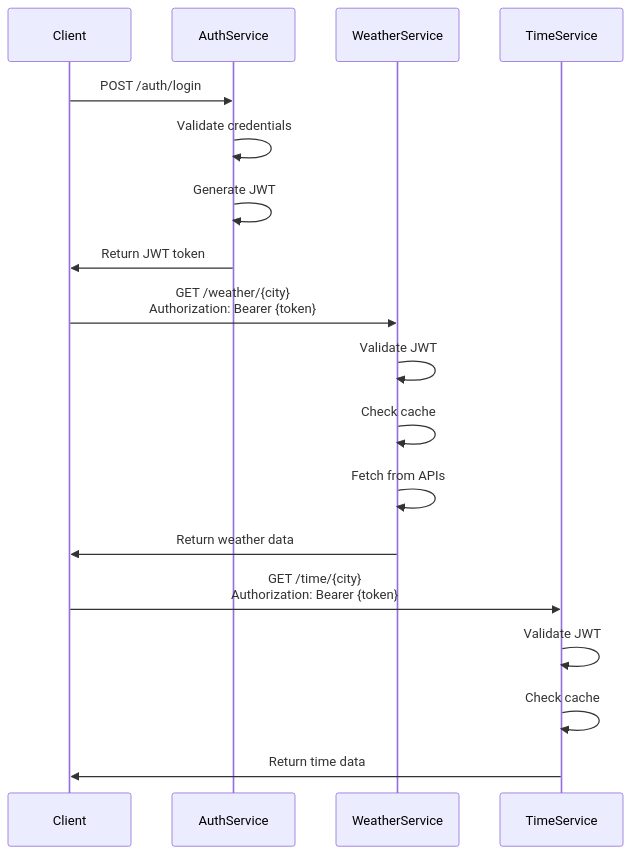
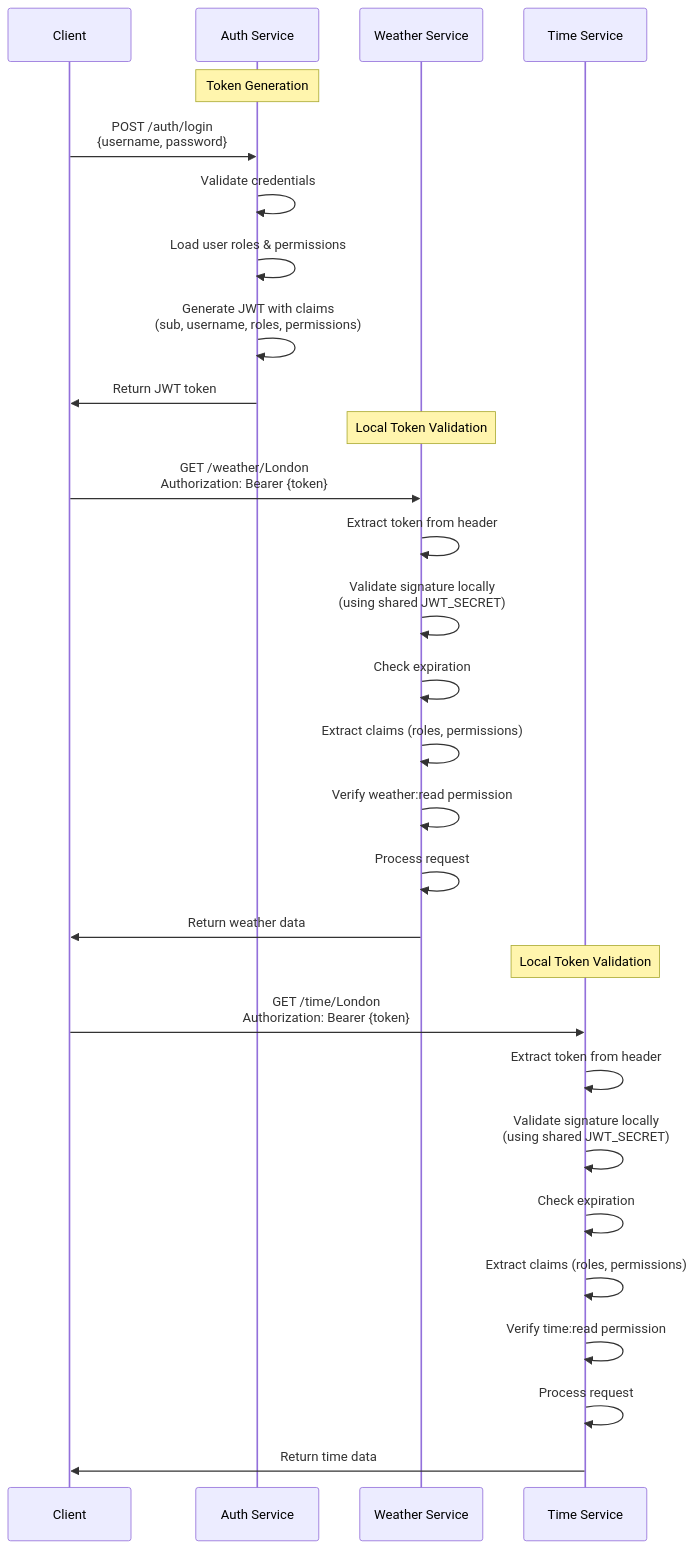
The third of 9 diagrams in ARCHITECTURE.md (Nomad-Free-Talent/karl-systems-challenge), drawn with Mermaid before and after one commit. The commit also changed other lines of this file and 1 other file, not shown here.

Commit message:
doc: update documentation for api and architecture

````diff
--- a/ARCHITECTURE.md
+++ b/ARCHITECTURE.md
@@ -108,23 +263,34 @@
 ```mermaid
 sequenceDiagram
     participant Client
-    participant AuthService
-    participant WeatherService
-    participant TimeService
+    participant AuthService as Auth Service
+    participant WeatherService as Weather Service
+    participant TimeService as Time Service
     
-    Client->>AuthService: POST /auth/login
+    Note over AuthService: Token Generation
+    Client->>AuthService: POST /auth/login<br/>{username, password}
     AuthService->>AuthService: Validate credentials
-    AuthService->>AuthService: Generate JWT
+    AuthService->>AuthService: Load user roles & permissions
+    AuthService->>AuthService: Generate JWT with claims<br/>(sub, username, roles, permissions)
     AuthService->>Client: Return JWT token
     
-    Client->>WeatherService: GET /weather/{city}<br/>Authorization: Bearer {token}
-    WeatherService->>WeatherService: Validate JWT
-    WeatherService->>WeatherService: Check cache
-    WeatherService->>WeatherService: Fetch from APIs
+    Note over WeatherService: Local Token Validation
+    Client->>WeatherService: GET /weather/London<br/>Authorization: Bearer {token}
+    WeatherService->>WeatherService: Extract token from header
+    WeatherService->>WeatherService: Validate signature locally<br/>(using shared JWT_SECRET)
+    WeatherService->>WeatherService: Check expiration
+    WeatherService->>WeatherService: Extract claims (roles, permissions)
+    WeatherService->>WeatherService: Verify weather:read permission
+    WeatherService->>WeatherService: Process request
     WeatherService->>Client: Return weather data
     
-    Client->>TimeService: GET /time/{city}<br/>Authorization: Bearer {token}
-    TimeService->>TimeService: Validate JWT
-    TimeService->>TimeService: Check cache
+    Note over TimeService: Local Token Validation
+    Client->>TimeService: GET /time/London<br/>Authorization: Bearer {token}
+    TimeService->>TimeService: Extract token from header
+    TimeService->>TimeService: Validate signature locally<br/>(using shared JWT_SECRET)
+    TimeService->>TimeService: Check expiration
+    TimeService->>TimeService: Extract claims (roles, permissions)
+    TimeService->>TimeService: Verify time:read permission
+    TimeService->>TimeService: Process request
     TimeService->>Client: Return time data
 ```
````
